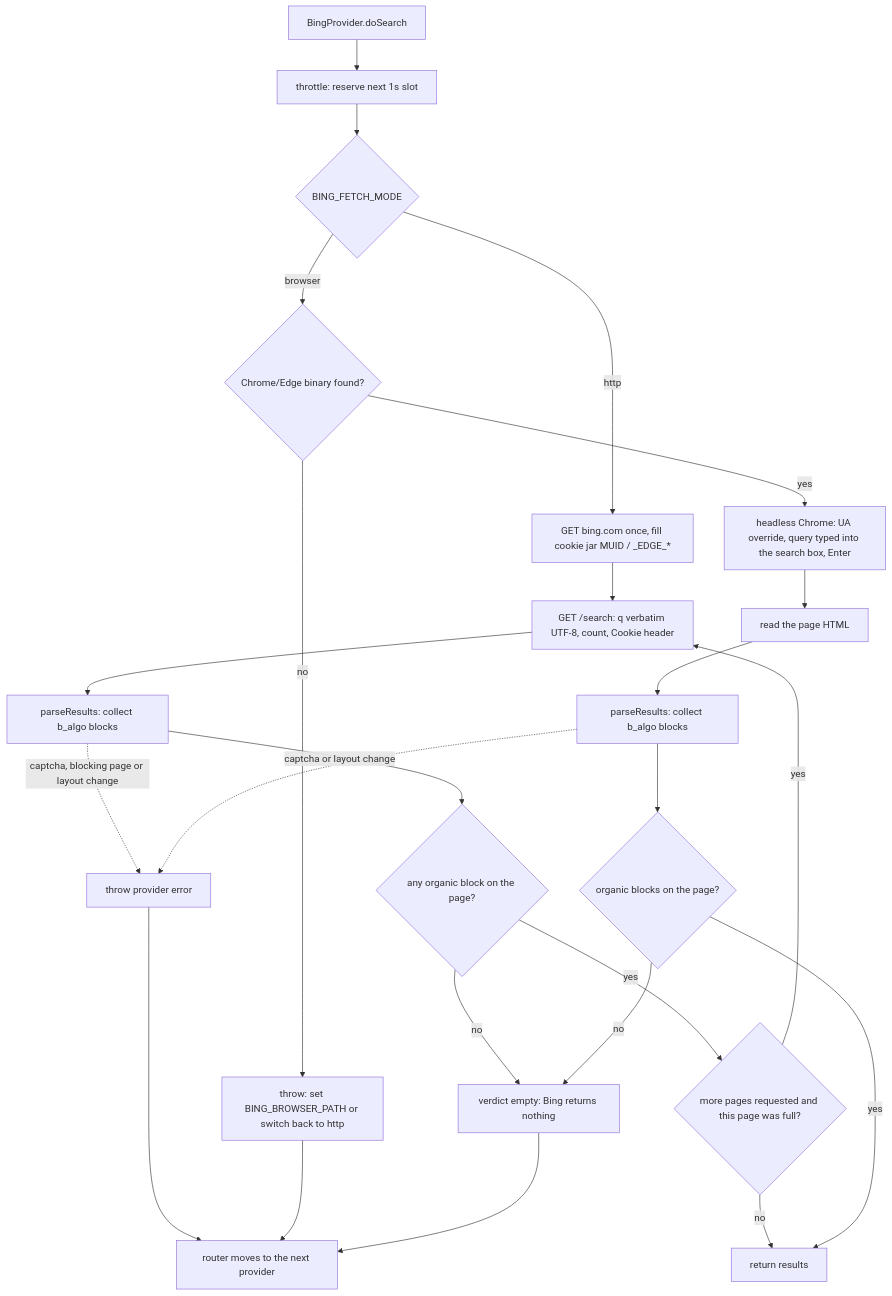
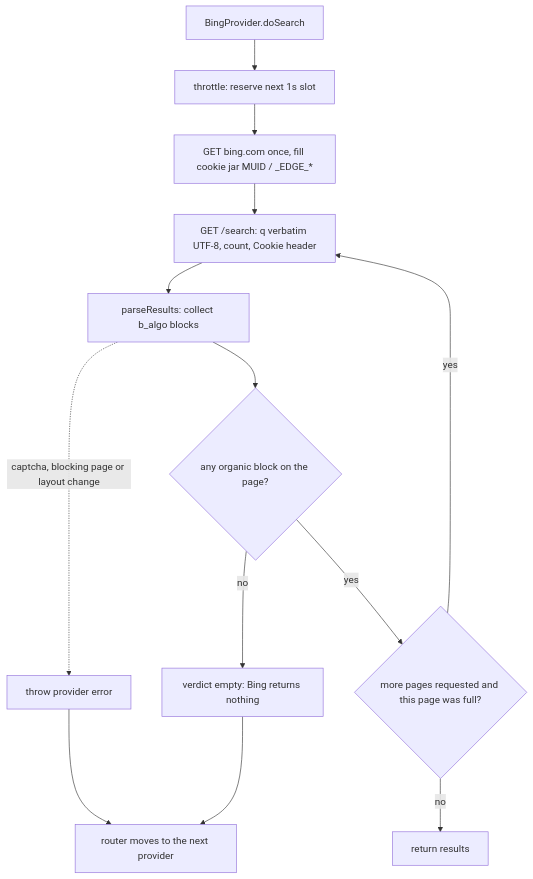
The fourth of 4 diagrams in docs/diagrams/provider-fallback-flow.md (alexeevdv77/mcp-web-hound), drawn with Mermaid before and after one commit. The commit also changed other lines of this file and 19 other files, not shown here.

````diff
--- a/docs/diagrams/provider-fallback-flow.md
+++ b/docs/diagrams/provider-fallback-flow.md
@@ -67,29 +67,16 @@
 ```mermaid
 flowchart TD
     A[BingProvider.doSearch] --> B[throttle: reserve next 1s slot]
-    B --> C{BING_FETCH_MODE}
-
-    C -- http --> D[GET bing.com once, fill cookie jar MUID / _EDGE_*]
+    B --> D[GET bing.com once, fill cookie jar MUID / _EDGE_*]
     D --> E[GET /search: q verbatim UTF-8, count, Cookie header]
     E --> F[parseResults: collect b_algo blocks]
     F -. captcha, blocking page or layout change .-> X[throw provider error]
     F --> G{any organic block on the page?}
     G -- no --> Y[verdict empty: Bing returns nothing]
     G -- yes --> H{more pages requested and this page was full?}
     H -- yes --> E
     H -- no --> Z[return results]
 
-    C -- browser --> I{Chrome/Edge binary found?}
-    I -- no --> W[throw: set BING_BROWSER_PATH or switch back to http]
-    I -- yes --> J[headless Chrome: UA override, query typed into the search box, Enter]
-    J --> K[read the page HTML]
-    K --> F2[parseResults: collect b_algo blocks]
-    F2 -. captcha or layout change .-> X
-    F2 --> L{organic blocks on the page?}
-    L -- no --> Y
-    L -- yes --> Z
-
     X --> M[router moves to the next provider]
-    W --> M
     Y --> M
 ```
````
